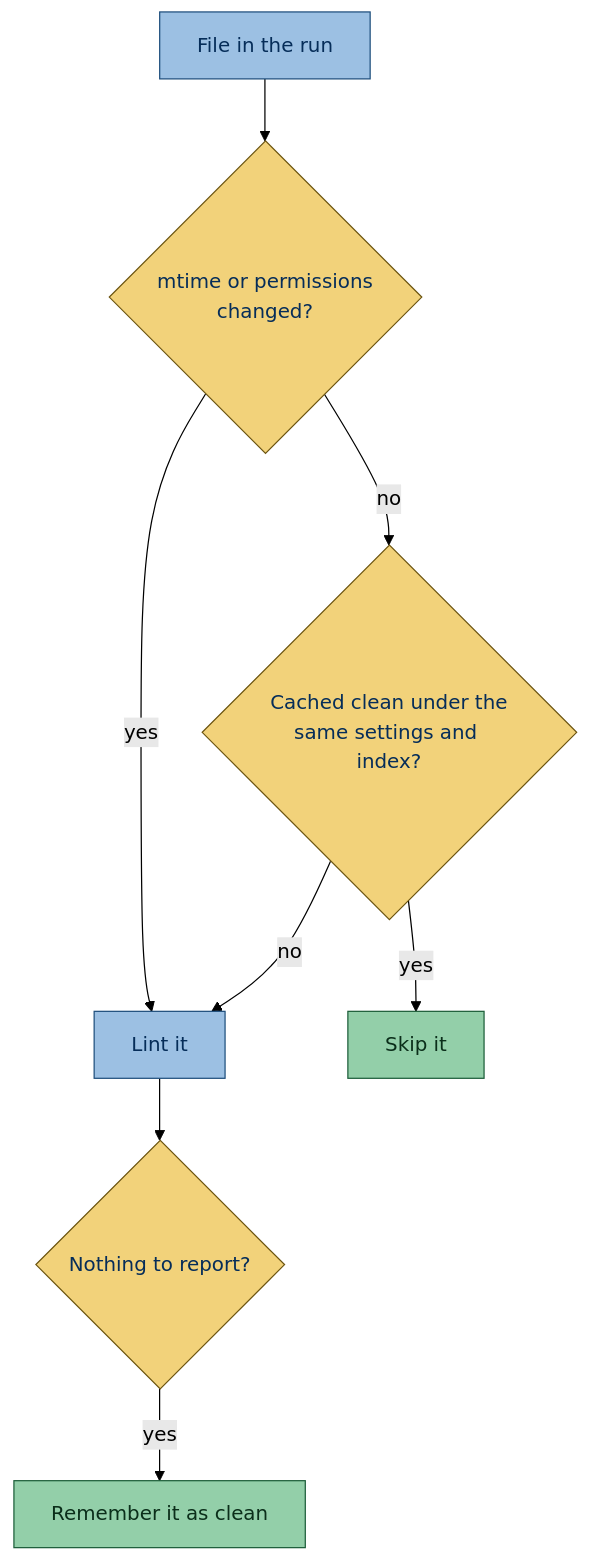
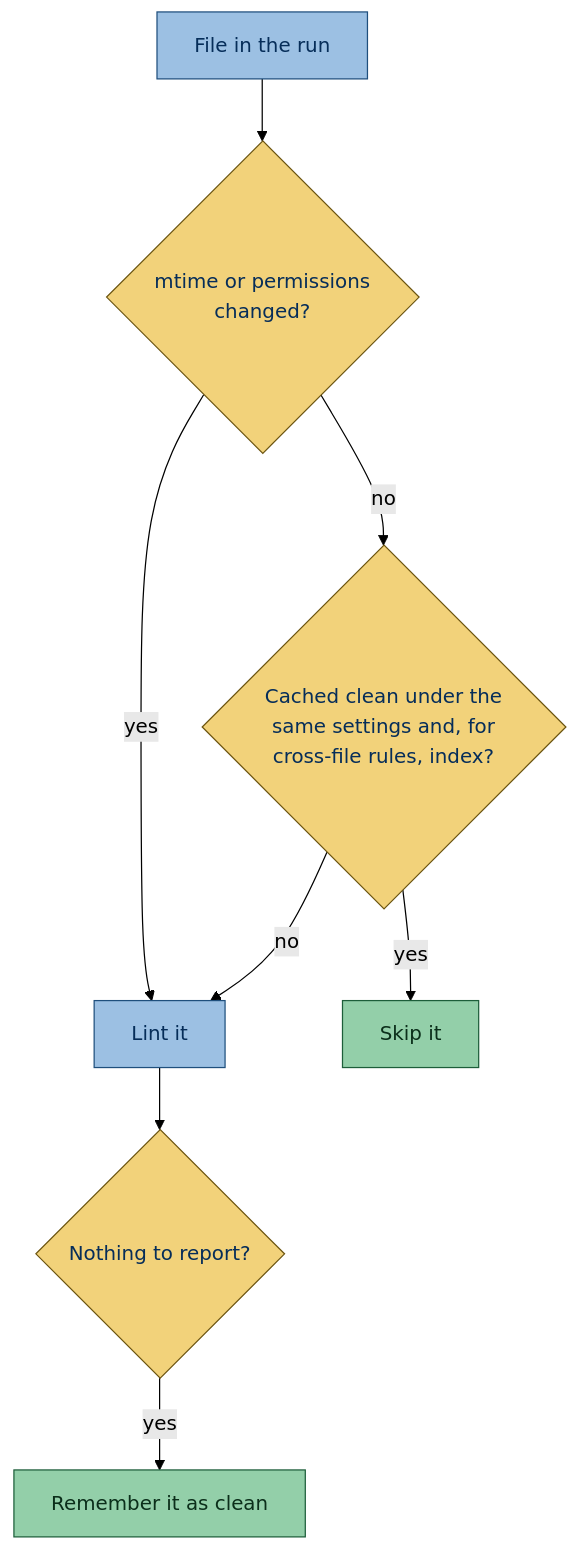
The diagram in docs/configuration/running.rst (gaborbernat/simplint), drawn with Mermaid (forest theme) before and after one commit. The commit also changed other lines of this file and 510 other files, not shown here.

```diff
--- a/docs/configuration/running.rst
+++ b/docs/configuration/running.rst
@@ -28,16 +29,16 @@
 .. mermaid::
 
     flowchart TD
         file["File in the run"] --> same{"mtime or permissions<br/>changed?"}
         same -->|yes| lint["Lint it"]
-        same -->|no| clean{"Cached clean under the<br/>same settings and index?"}
+        same -->|no| clean{"Cached clean under the<br/>same settings and, for<br/>cross-file rules, index?"}
         clean -->|yes| skip["Skip it"]
         clean -->|no| lint
         lint --> result{"Nothing to report?"}
         result -->|yes| remember["Remember it as clean"]
         classDef blue fill:#9cc0e3,stroke:#1f4f7d,color:#062d59
         classDef yellow fill:#f2d27a,stroke:#6b5410,color:#062d59
         classDef green fill:#93cfa9,stroke:#1d5e3a,color:#0b2e1a
         class file,lint blue
         class same,clean,result yellow
         class skip,remember green
```
